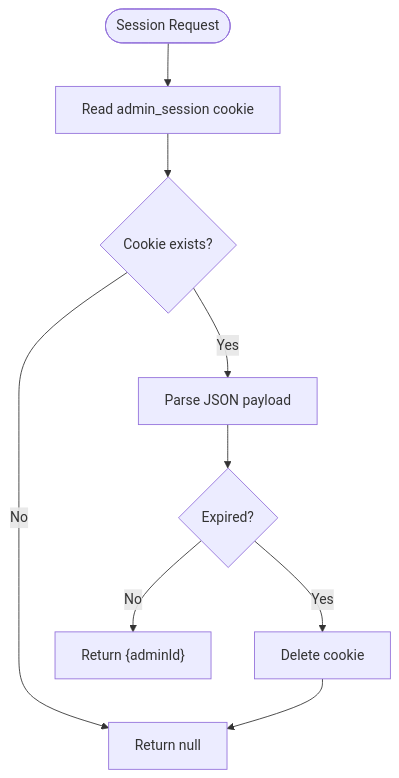
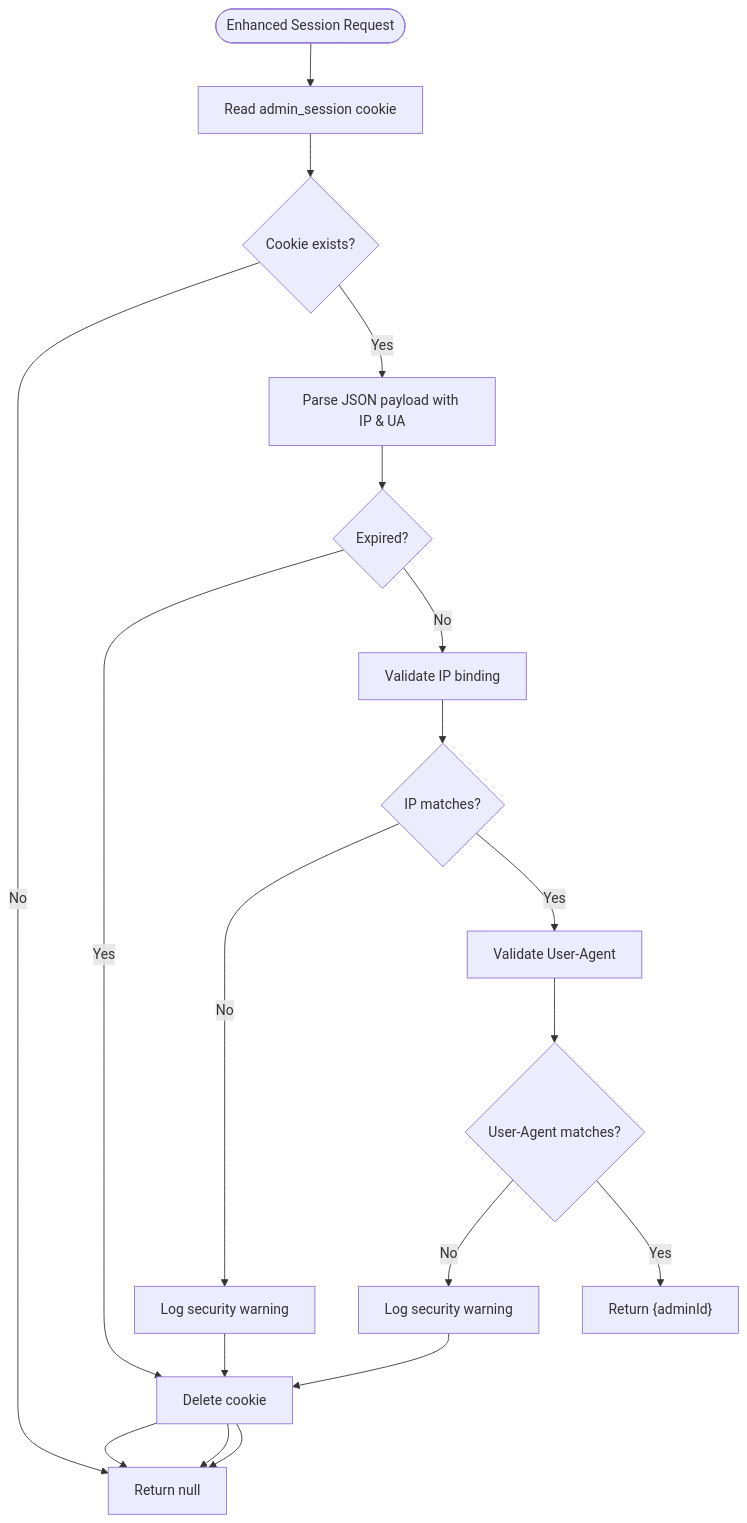
The fourth of 10 diagrams in .qoder/repowiki/en/content/Security Implementation/Security Implementation.md (xLegarda/GreenAxis), drawn with Mermaid before and after one commit. The commit also changed other lines of this file and 42 other files, not shown here.

````diff
--- a/.qoder/repowiki/en/content/Security Implementation/Security Implementation.md
+++ b/.qoder/repowiki/en/content/Security Implementation/Security Implementation.md
@@ -225,10 +232,16 @@
 ```mermaid
 flowchart TD
-Start(["Session Request"]) --> GetCookie["Read admin_session cookie"]
+Start(["Enhanced Session Request"]) --> GetCookie["Read admin_session cookie"]
 GetCookie --> Exists{"Cookie exists?"}
 Exists --> |No| Null["Return null"]
-Exists --> |Yes| Parse["Parse JSON payload"]
+Exists --> |Yes| Parse["Parse JSON payload with IP & UA"]
 Parse --> Expired{"Expired?"}
 Expired --> |Yes| Destroy["Delete cookie"] --> Null
-Expired --> |No| ReturnAdmin["Return {adminId}"]
+Expired --> |No| CheckIP["Validate IP binding"]
+CheckIP --> IPMatch{"IP matches?"}
+IPMatch --> |No| LogWarn["Log security warning"] --> Destroy["Delete cookie"] --> Null
+IPMatch --> |Yes| CheckUA["Validate User-Agent"]
+CheckUA --> UAMatch{"User-Agent matches?"}
+UAMatch --> |No| LogWarn2["Log security warning"] --> Destroy --> Null
+UAMatch --> |Yes| ReturnAdmin["Return {adminId}"]
 ```
````
